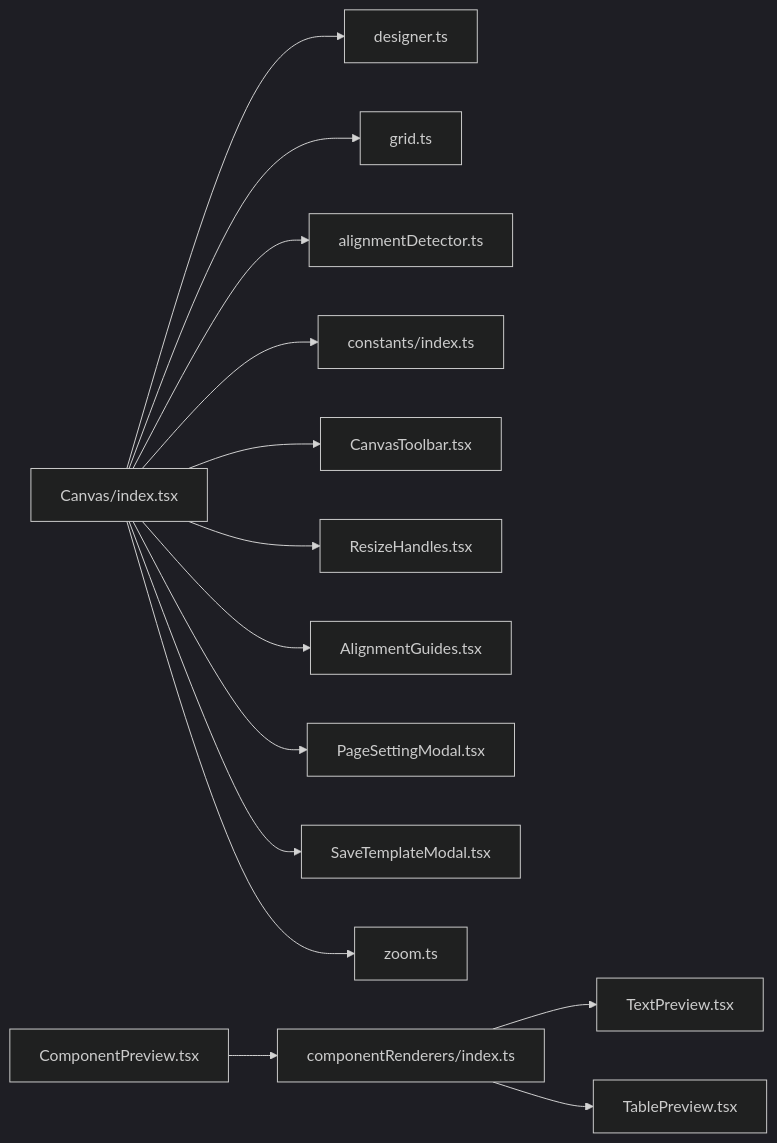
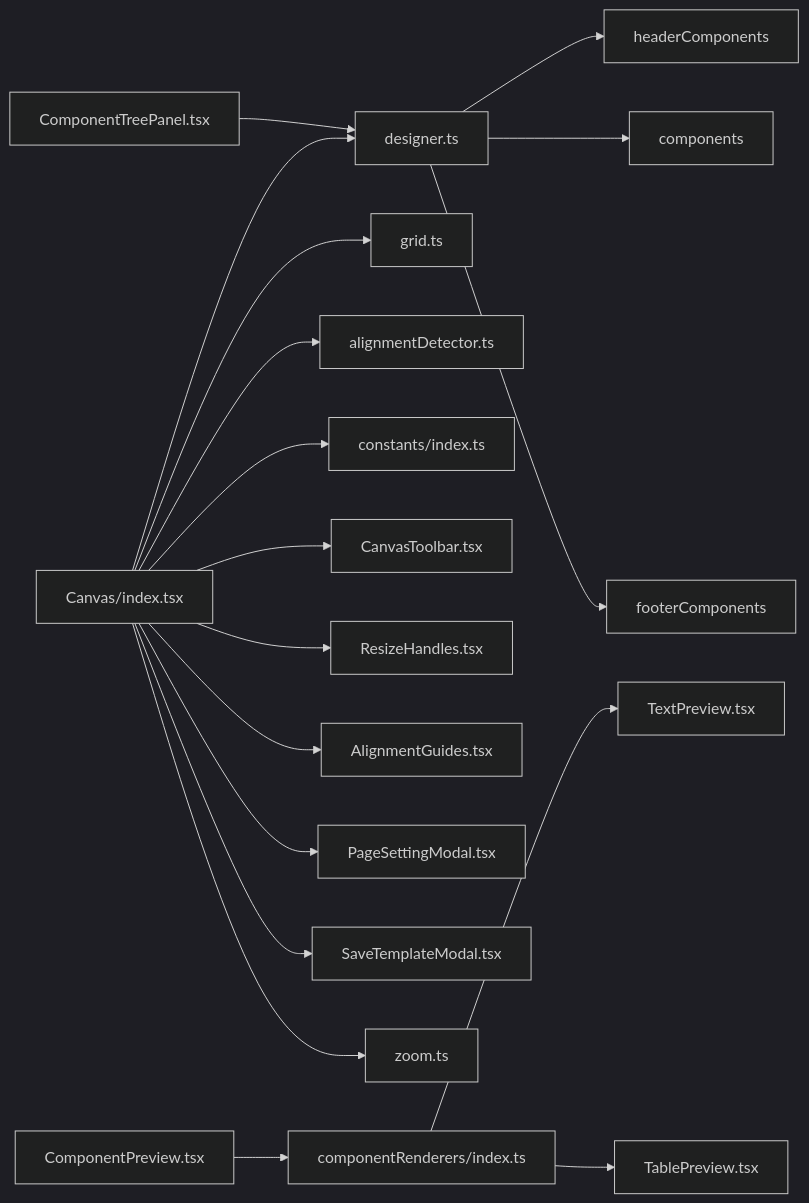
The seventh of 7 diagrams in .qoder/repowiki/zh/content/设计器前端应用/可视化设计界面/画布编辑器.md (joker-yjc/printer), drawn with Mermaid (dark theme) before and after one commit. The commit also changed other lines of this file and 16 other files, not shown here.

````diff
--- a/.qoder/repowiki/zh/content/设计器前端应用/可视化设计界面/画布编辑器.md
+++ b/.qoder/repowiki/zh/content/设计器前端应用/可视化设计界面/画布编辑器.md
@@ -444,16 +473,20 @@
 ```mermaid
 graph LR
 Canvas["Canvas/index.tsx"] --> Store["designer.ts"]
 Canvas --> Grid["grid.ts"]
 Canvas --> Detector["alignmentDetector.ts"]
 Canvas --> Consts["constants/index.ts"]
 Canvas --> Toolbar["CanvasToolbar.tsx"]
 Canvas --> Resize["ResizeHandles.tsx"]
 Canvas --> Guides["AlignmentGuides.tsx"]
 Canvas --> PageModal["PageSettingModal.tsx"]
 Canvas --> SaveModal["SaveTemplateModal.tsx"]
 Canvas --> Zoom["zoom.ts"]
 Preview["ComponentPreview.tsx"] --> Renderers["componentRenderers/index.ts"]
 Renderers --> TextR["TextPreview.tsx"]
 Renderers --> TableR["TablePreview.tsx"]
+TreePanel["ComponentTreePanel.tsx"] --> Store
+Store --> HeaderComps["headerComponents"]
+Store --> ContentComps["components"]
+Store --> FooterComps["footerComponents"]
 ```
````
